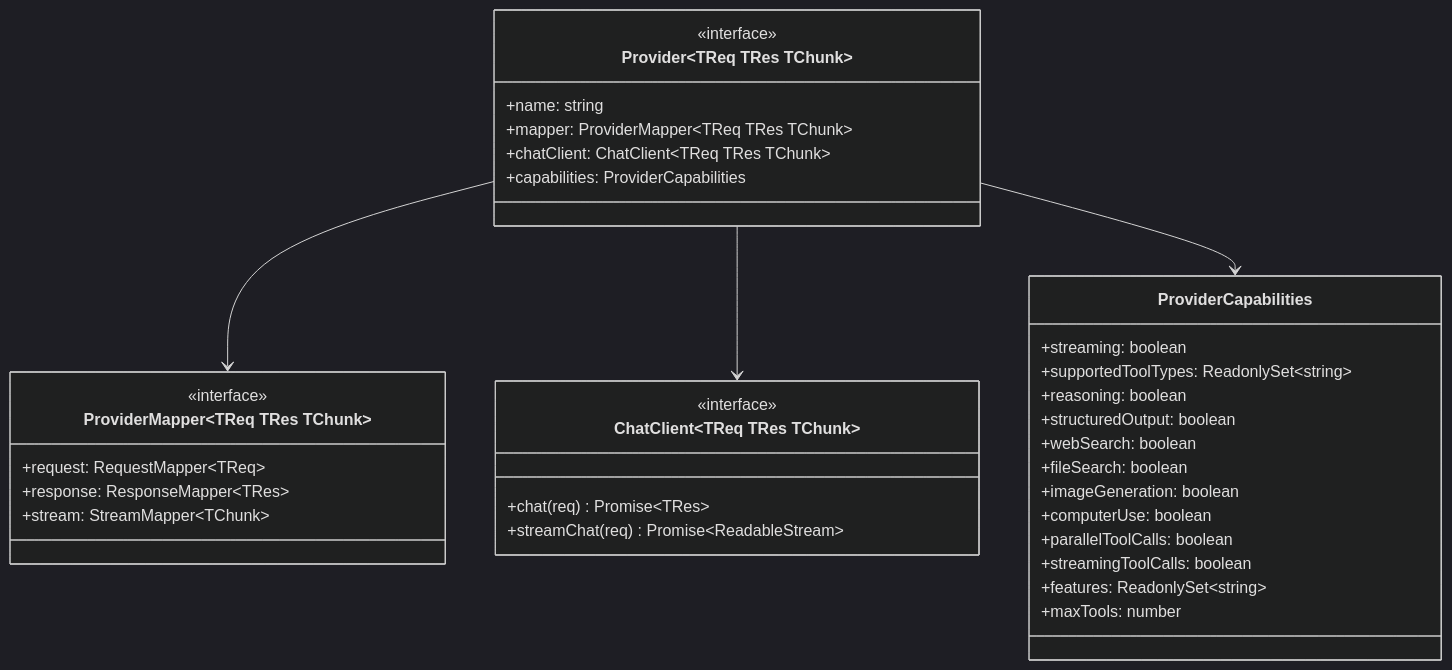
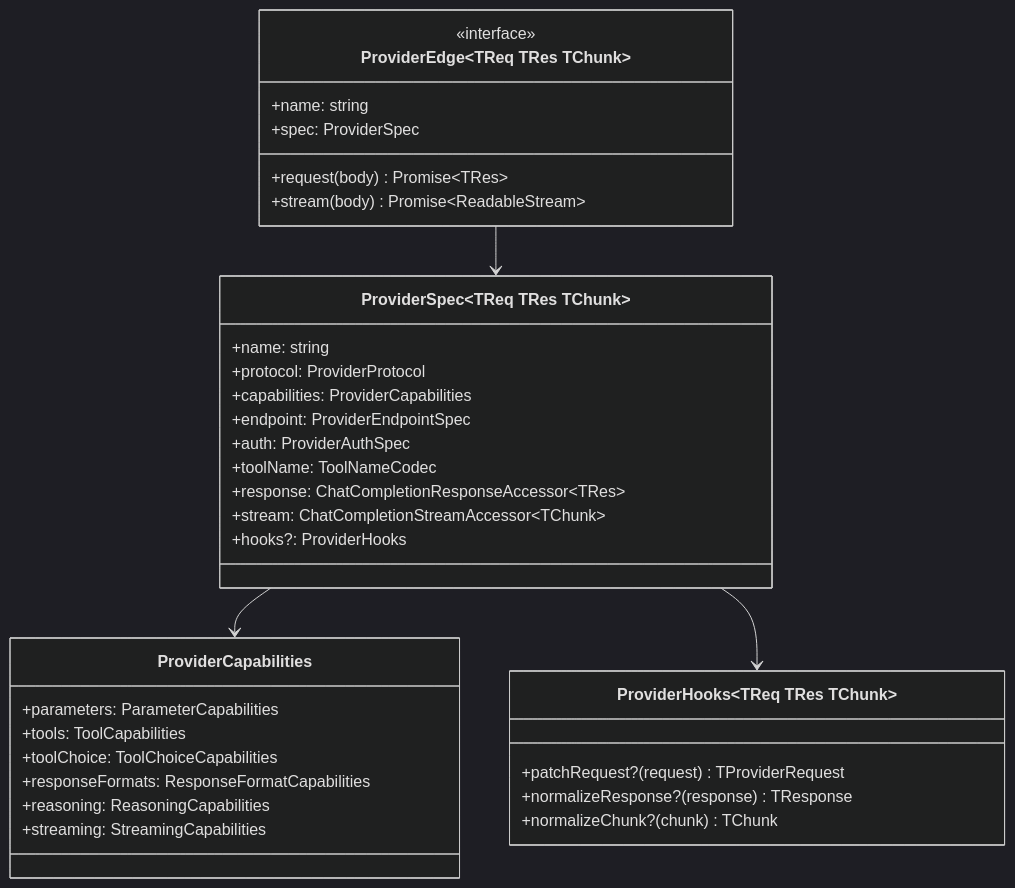
Before and after one commit to zamelee/GodeX: the diagram in wiki/zh/03-provider-development/provider-interface.md, drawn with Mermaid (dark theme). The commit also changed other lines of this file and 46 other files, not shown here.

````diff
--- a/wiki/zh/03-provider-development/provider-interface.md
+++ b/wiki/zh/03-provider-development/provider-interface.md
@@ -13,44 +13,43 @@
 ```mermaid
 classDiagram
   direction TB
 
-  class Provider~TReq TRes TChunk~ {
+  class ProviderSpec~TReq TRes TChunk~ {
+    +name: string
+    +protocol: ProviderProtocol
+    +capabilities: ProviderCapabilities
+    +endpoint: ProviderEndpointSpec
+    +auth: ProviderAuthSpec
+    +toolName: ToolNameCodec
+    +response: ChatCompletionResponseAccessor~TRes~
+    +stream: ChatCompletionStreamAccessor~TChunk~
+    +hooks?: ProviderHooks
+  }
+
+  class ProviderEdge~TReq TRes TChunk~ {
     <<interface>>
     +name: string
-    +mapper: ProviderMapper~TReq TRes TChunk~
-    +chatClient: ChatClient~TReq TRes TChunk~
-    +capabilities: ProviderCapabilities
+    +spec: ProviderSpec
+    +request(body) Promise~TRes~
+    +stream(body) Promise~ReadableStream~
   }
 
-  class ProviderMapper~TReq TRes TChunk~ {
-    <<interface>>
-    +request: RequestMapper~TReq~
-    +response: ResponseMapper~TRes~
-    +stream: StreamMapper~TChunk~
-  }
-
-  class ChatClient~TReq TRes TChunk~ {
-    <<interface>>
-    +chat(req) Promise~TRes~
-    +streamChat(req) Promise~ReadableStream~
+  class ProviderHooks~TReq TRes TChunk~ {
+    +patchRequest?(request) TProviderRequest
+    +normalizeResponse?(response) TResponse
+    +normalizeChunk?(chunk) TChunk
   }
 
   class ProviderCapabilities {
-    +streaming: boolean
-    +supportedToolTypes: ReadonlySet~string~
-    +reasoning: boolean
-    +structuredOutput: boolean
-    +webSearch: boolean
-    +fileSearch: boolean
-    +imageGeneration: boolean
-    +computerUse: boolean
-    +parallelToolCalls: boolean
-    +streamingToolCalls: boolean
-    +features: ReadonlySet~string~
-    +maxTools: number
+    +parameters: ParameterCapabilities
+    +tools: ToolCapabilities
+    +toolChoice: ToolChoiceCapabilities
+    +responseFormats: ResponseFormatCapabilities
+    +reasoning: ReasoningCapabilities
+    +streaming: StreamingCapabilities
   }
 
-  Provider --> ProviderMapper
-  Provider --> ChatClient
-  Provider --> ProviderCapabilities
+  ProviderEdge --> ProviderSpec
+  ProviderSpec --> ProviderCapabilities
+  ProviderSpec --> ProviderHooks
 ```
````
